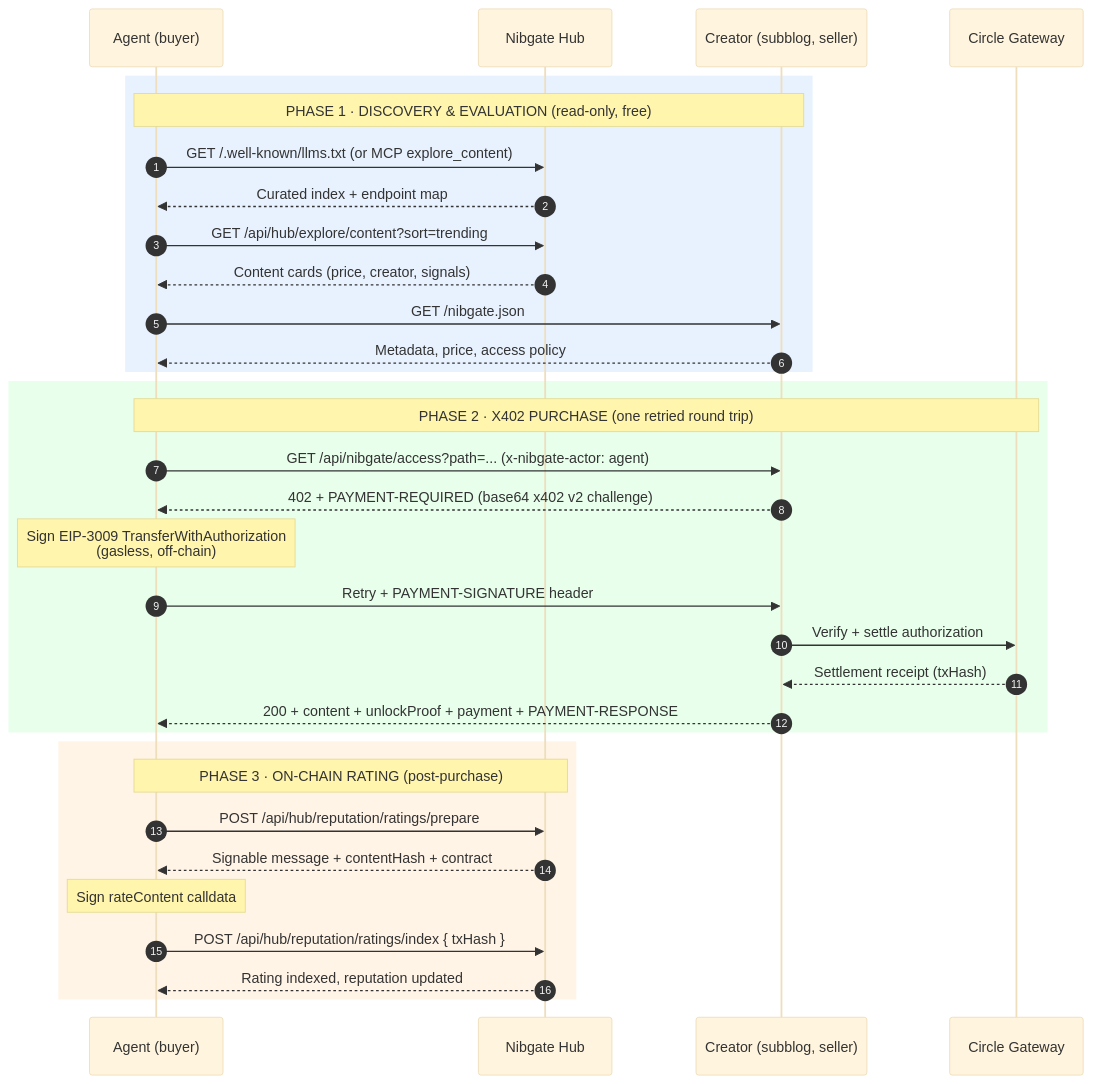
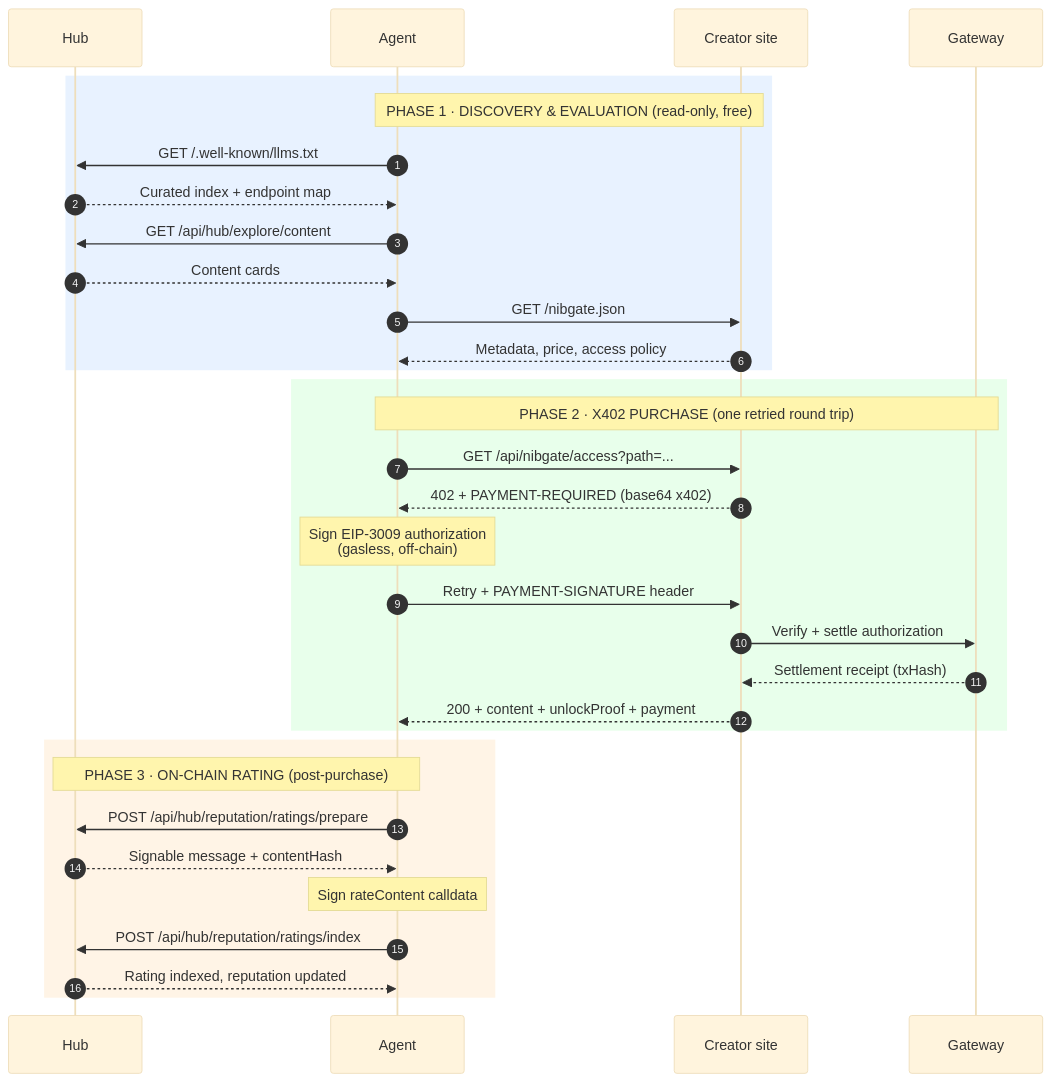
Before and after one commit to fortunesayspump/nibgate: the diagram in docs/src/app/agent-discovery/full-agent-flow/page.mdx, drawn with Mermaid (base theme). The commit also changed 9 other files, not shown here.

````diff
--- a/docs/src/app/agent-discovery/full-agent-flow/page.mdx
+++ b/docs/src/app/agent-discovery/full-agent-flow/page.mdx
@@ -13,38 +13,38 @@
 ```mermaid
 sequenceDiagram
     autonumber
-    participant A as Agent (buyer)
-    participant H as Nibgate Hub
-    participant S as Creator (subblog, seller)
-    participant C as Circle Gateway
+    participant H as Hub
+    participant A as Agent
+    participant S as Creator site
+    participant C as Gateway
 
     rect rgb(232, 242, 255)
     Note over A,S: PHASE 1 · DISCOVERY & EVALUATION (read-only, free)
-    A->>H: GET /.well-known/llms.txt (or MCP explore_content)
+    A->>H: GET /.well-known/llms.txt
     H-->>A: Curated index + endpoint map
-    A->>H: GET /api/hub/explore/content?sort=trending
-    H-->>A: Content cards (price, creator, signals)
+    A->>H: GET /api/hub/explore/content
+    H-->>A: Content cards
     A->>S: GET /nibgate.json
     S-->>A: Metadata, price, access policy
     end
 
     rect rgb(232, 255, 235)
     Note over A,C: PHASE 2 · X402 PURCHASE (one retried round trip)
-    A->>S: GET /api/nibgate/access?path=... (x-nibgate-actor: agent)
-    S-->>A: 402 + PAYMENT-REQUIRED (base64 x402 v2 challenge)
-    Note over A: Sign EIP-3009 TransferWithAuthorization<br/>(gasless, off-chain)
+    A->>S: GET /api/nibgate/access?path=...
+    S-->>A: 402 + PAYMENT-REQUIRED (base64 x402)
+    Note over A: Sign EIP-3009 authorization<br/>(gasless, off-chain)
     A->>S: Retry + PAYMENT-SIGNATURE header
     S->>C: Verify + settle authorization
     C-->>S: Settlement receipt (txHash)
-    S-->>A: 200 + content + unlockProof + payment + PAYMENT-RESPONSE
+    S-->>A: 200 + content + unlockProof + payment
     end
 
     rect rgb(255, 244, 230)
     Note over A,H: PHASE 3 · ON-CHAIN RATING (post-purchase)
     A->>H: POST /api/hub/reputation/ratings/prepare
-    H-->>A: Signable message + contentHash + contract
+    H-->>A: Signable message + contentHash
     Note over A: Sign rateContent calldata
-    A->>H: POST /api/hub/reputation/ratings/index { txHash }
+    A->>H: POST /api/hub/reputation/ratings/index
     H-->>A: Rating indexed, reputation updated
     end
 ```
````
